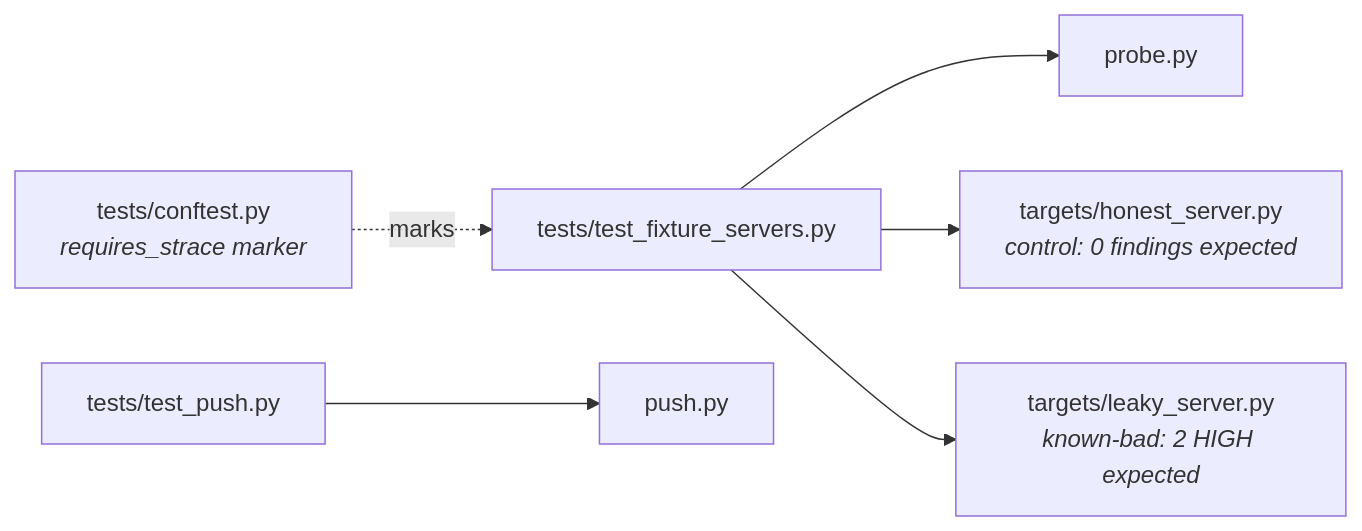
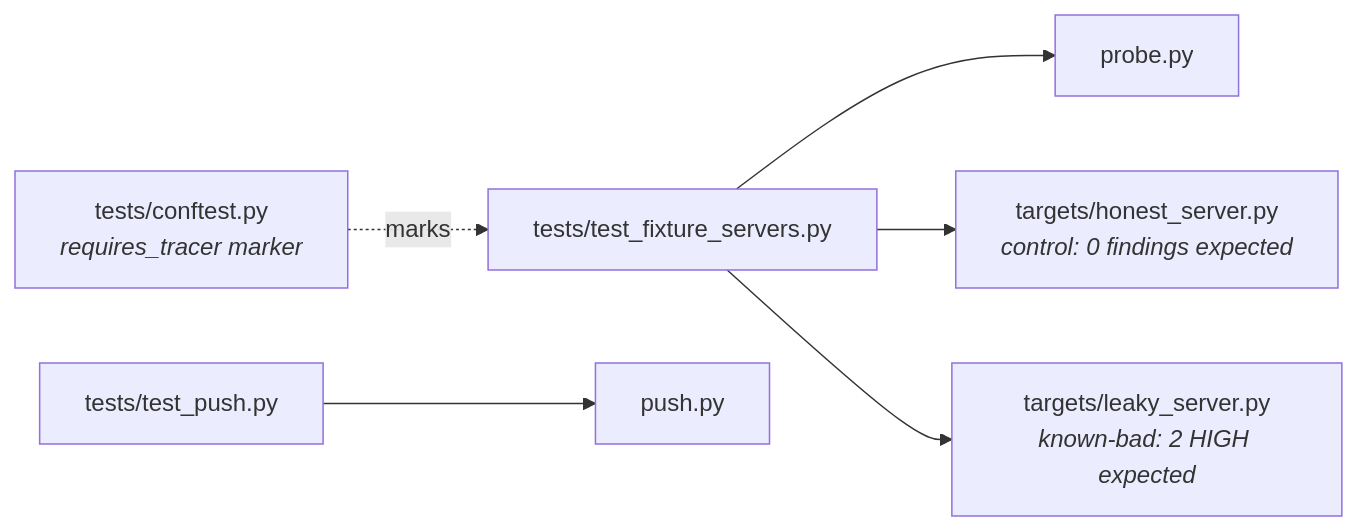
The eighth of 8 diagrams in ARCHITECTURE.md (actions-marketplace-validations/navid72m_mcp-behave), drawn with Mermaid before and after one commit. The commit also changed other lines of this file and 13 other files, not shown here.

````diff
--- a/ARCHITECTURE.md
+++ b/ARCHITECTURE.md
@@ -232,16 +246,16 @@
 ```mermaid
 graph LR
-    CONF["tests/conftest.py<br/><i>requires_strace marker</i>"]
+    CONF["tests/conftest.py<br/><i>requires_tracer marker</i>"]
     T1["tests/test_fixture_servers.py"]
     T2["tests/test_push.py"]
     HON["targets/honest_server.py<br/><i>control: 0 findings expected</i>"]
     LEAK["targets/leaky_server.py<br/><i>known-bad: 2 HIGH expected</i>"]
     PROBE["probe.py"]
     PUSH["push.py"]
 
     CONF -.marks.-> T1
     T1 --> PROBE
     T1 --> HON
     T1 --> LEAK
     T2 --> PUSH
 ```
````
